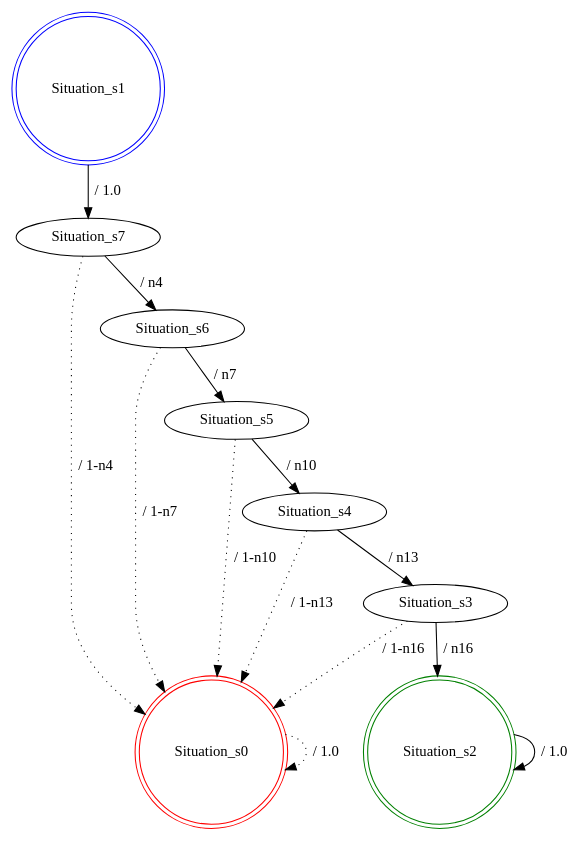
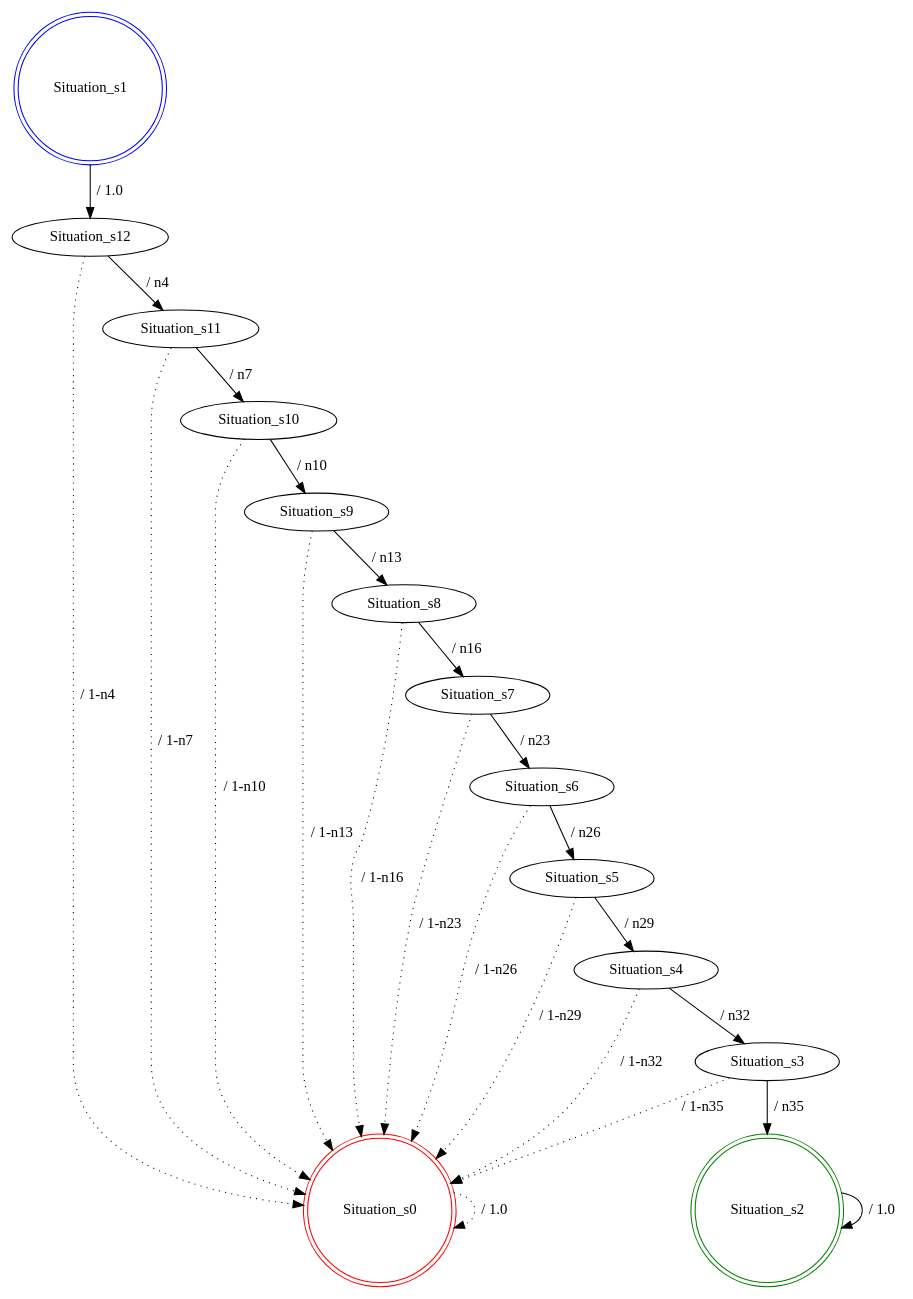
One commit to SPLMC/spl-generator changed the diagram in src/generatedModels/1/fdtmc_Situation.dot. Above: the diagram before and after it, drawn with Graphviz. The commit also changed 80 other files, not shown here.

```diff
--- a/src/generatedModels/1/fdtmc_Situation.dot
+++ b/src/generatedModels/1/fdtmc_Situation.dot
@@ -1,23 +1,38 @@
 digraph graphname {
 Situation_s0 [label="Situation_s0",color=red,shape=doublecircle ];
 Situation_s1 [label="Situation_s1",color=blue,shape=doublecircle ];
 Situation_s2 [label="Situation_s2",color=green,shape=doublecircle ];
 Situation_s3 [label="Situation_s3" ];
 Situation_s4 [label="Situation_s4" ];
 Situation_s5 [label="Situation_s5" ];
 Situation_s6 [label="Situation_s6" ];
 Situation_s7 [label="Situation_s7" ];
+Situation_s8 [label="Situation_s8" ];
+Situation_s9 [label="Situation_s9" ];
+Situation_s10 [label="Situation_s10" ];
+Situation_s11 [label="Situation_s11" ];
+Situation_s12 [label="Situation_s12" ];
 Situation_s0 -> Situation_s0 [label=" / 1.0", style=dotted];
-Situation_s1 -> Situation_s7 [label=" / 1.0"];
+Situation_s1 -> Situation_s12 [label=" / 1.0"];
 Situation_s2 -> Situation_s2 [label=" / 1.0"];
-Situation_s3 -> Situation_s2 [label=" / n16"];
-Situation_s3 -> Situation_s0 [label=" / 1-n16", style=dotted];
-Situation_s4 -> Situation_s3 [label=" / n13"];
-Situation_s4 -> Situation_s0 [label=" / 1-n13", style=dotted];
-Situation_s5 -> Situation_s4 [label=" / n10"];
-Situation_s5 -> Situation_s0 [label=" / 1-n10", style=dotted];
-Situation_s6 -> Situation_s5 [label=" / n7"];
-Situation_s6 -> Situation_s0 [label=" / 1-n7", style=dotted];
-Situation_s7 -> Situation_s6 [label=" / n4"];
-Situation_s7 -> Situation_s0 [label=" / 1-n4", style=dotted];
+Situation_s3 -> Situation_s2 [label=" / n35"];
+Situation_s3 -> Situation_s0 [label=" / 1-n35", style=dotted];
+Situation_s4 -> Situation_s3 [label=" / n32"];
+Situation_s4 -> Situation_s0 [label=" / 1-n32", style=dotted];
+Situation_s5 -> Situation_s4 [label=" / n29"];
+Situation_s5 -> Situation_s0 [label=" / 1-n29", style=dotted];
+Situation_s6 -> Situation_s5 [label=" / n26"];
+Situation_s6 -> Situation_s0 [label=" / 1-n26", style=dotted];
+Situation_s7 -> Situation_s6 [label=" / n23"];
+Situation_s7 -> Situation_s0 [label=" / 1-n23", style=dotted];
+Situation_s8 -> Situation_s7 [label=" / n16"];
+Situation_s8 -> Situation_s0 [label=" / 1-n16", style=dotted];
+Situation_s9 -> Situation_s8 [label=" / n13"];
+Situation_s9 -> Situation_s0 [label=" / 1-n13", style=dotted];
+Situation_s10 -> Situation_s9 [label=" / n10"];
+Situation_s10 -> Situation_s0 [label=" / 1-n10", style=dotted];
+Situation_s11 -> Situation_s10 [label=" / n7"];
+Situation_s11 -> Situation_s0 [label=" / 1-n7", style=dotted];
+Situation_s12 -> Situation_s11 [label=" / n4"];
+Situation_s12 -> Situation_s0 [label=" / 1-n4", style=dotted];
 }
```
